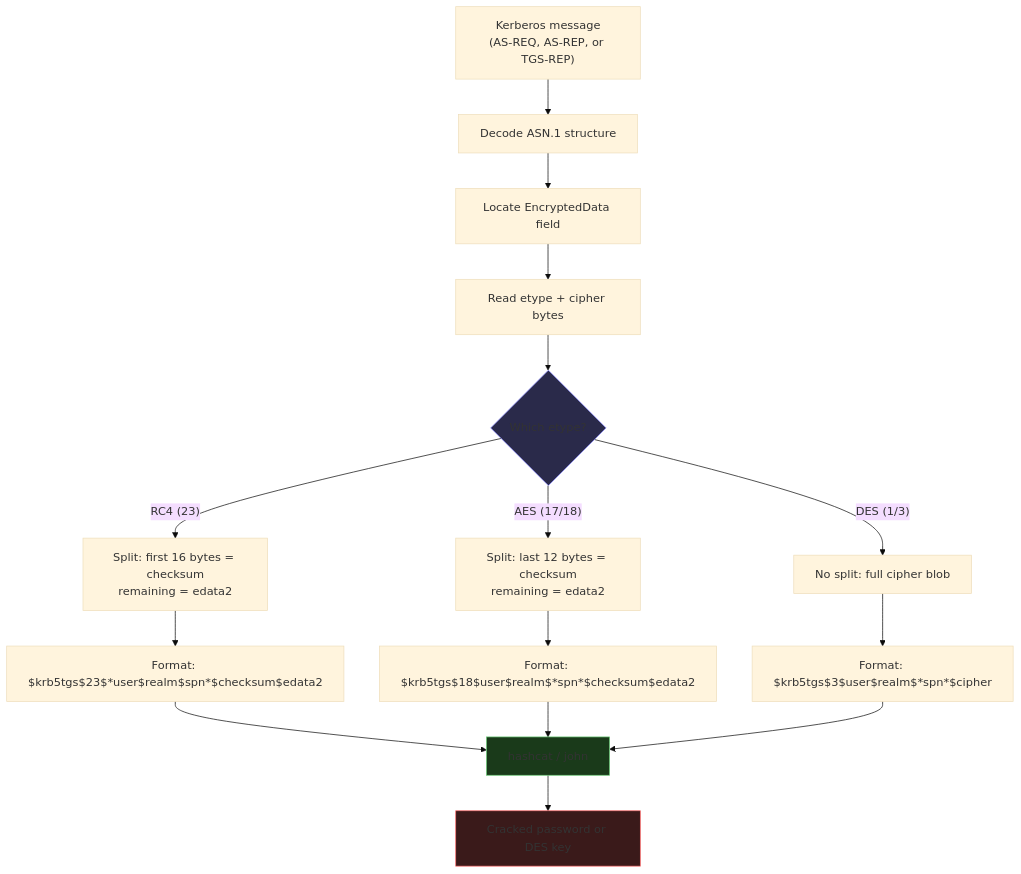
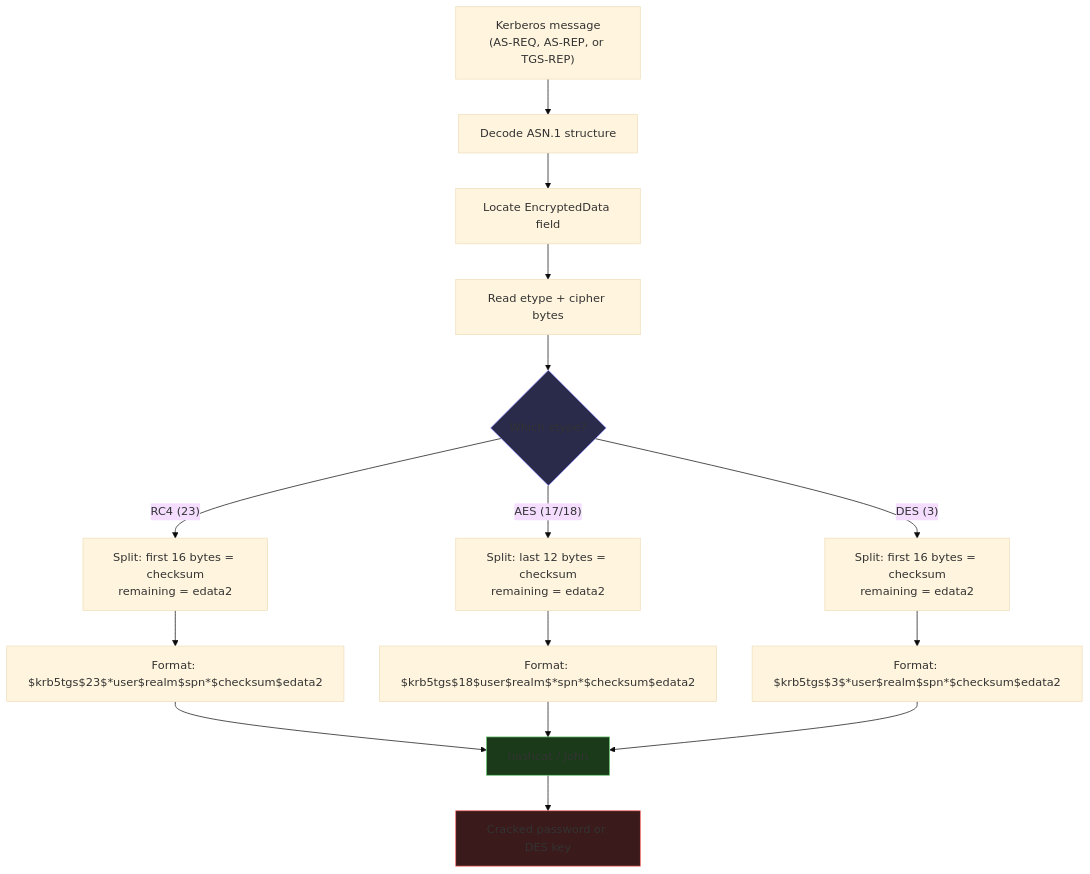
Before and after one commit to StrongWind1/KerbWolf: the first of 3 diagrams in docs/guide/hash-formats.md, drawn with Mermaid (base theme). The commit also changed other lines of this file and 6 other files, not shown here.

````diff
--- a/docs/guide/hash-formats.md
+++ b/docs/guide/hash-formats.md
@@ -13,22 +13,22 @@
 ```mermaid
 flowchart TD
     A["Kerberos message<br/>(AS-REQ, AS-REP, or TGS-REP)"] --> B["Decode ASN.1 structure"]
     B --> C["Locate EncryptedData field"]
     C --> D["Read etype + cipher bytes"]
     D --> E{Which etype?}
 
     E -->|"RC4 (23)"| F["Split: first 16 bytes = checksum<br/>remaining = edata2"]
     E -->|"AES (17/18)"| G["Split: last 12 bytes = checksum<br/>remaining = edata2"]
-    E -->|"DES (1/3)"| H["No split: full cipher blob"]
+    E -->|"DES (3)"| H["Split: first 16 bytes = checksum<br/>remaining = edata2"]
 
     F --> I["Format: $krb5tgs$23$*user$realm$spn*$checksum$edata2"]
     G --> J["Format: $krb5tgs$18$user$realm$*spn*$checksum$edata2"]
-    H --> K["Format: $krb5tgs$3$user$realm$*spn*$cipher"]
+    H --> K["Format: $krb5tgs$3$*user$realm$spn*$checksum$edata2"]
 
     I & J & K --> L["hashcat / john"]
     L --> M["Cracked password or DES key"]
 
     style E fill:#2a2a4a,stroke:#8b8bff
     style L fill:#1a3a1a,stroke:#6bcb77
     style M fill:#3a1a1a,stroke:#ff6b6b
 ```
````
